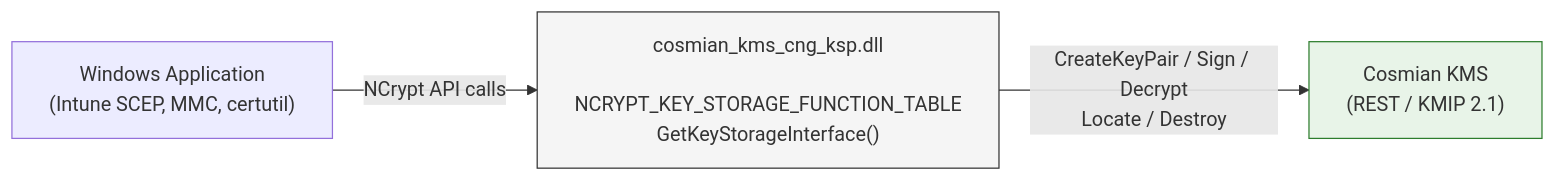
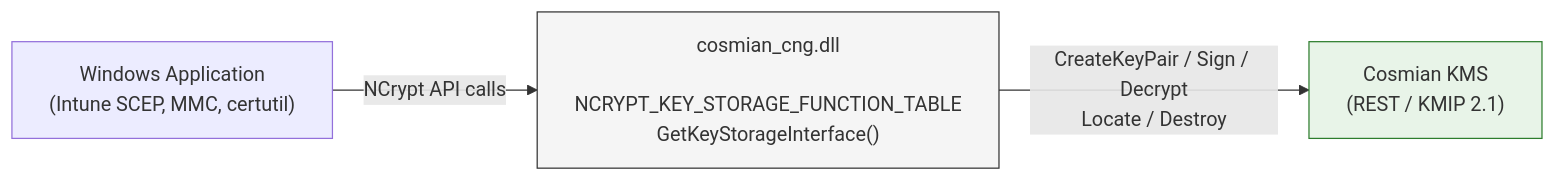
The sixth of 7 diagrams in documentation/docs/integrations/cloud_providers/microsoft/windows_cng_ksp.md (Cosmian/kms), drawn with Mermaid before and after one commit. The commit also changed other lines of this file and 12 other files, not shown here.

Commit message:
refactor: rename cosmian_kms_cng_ksp to cosmian_cng and cosmian_kms_cng_ksp_verify to cosmian_cng_verify

````diff
--- a/documentation/docs/integrations/cloud_providers/microsoft/windows_cng_ksp.md
+++ b/documentation/docs/integrations/cloud_providers/microsoft/windows_cng_ksp.md
@@ -217,7 +217,7 @@
 ```mermaid
 flowchart LR
-    App["Windows Application<br/>(Intune SCEP, MMC, certutil)"] -->|NCrypt API calls| DLL["cosmian_kms_cng_ksp.dll<br/><br/>NCRYPT_KEY_STORAGE_FUNCTION_TABLE<br/>GetKeyStorageInterface()"]
+    App["Windows Application<br/>(Intune SCEP, MMC, certutil)"] -->|NCrypt API calls| DLL["cosmian_cng.dll<br/><br/>NCRYPT_KEY_STORAGE_FUNCTION_TABLE<br/>GetKeyStorageInterface()"]
     DLL -->|"CreateKeyPair / Sign / Decrypt<br/>Locate / Destroy"| KMS["Cosmian KMS<br/>(REST / KMIP 2.1)"]
     style DLL fill:#f5f5f5,stroke:#333
     style KMS fill:#e8f4e8,stroke:#2d7d2d
 ```
````
